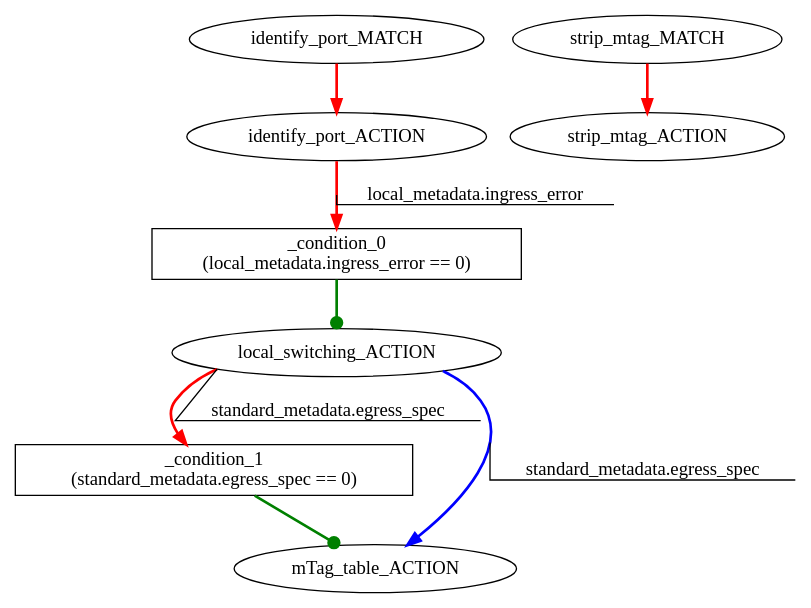
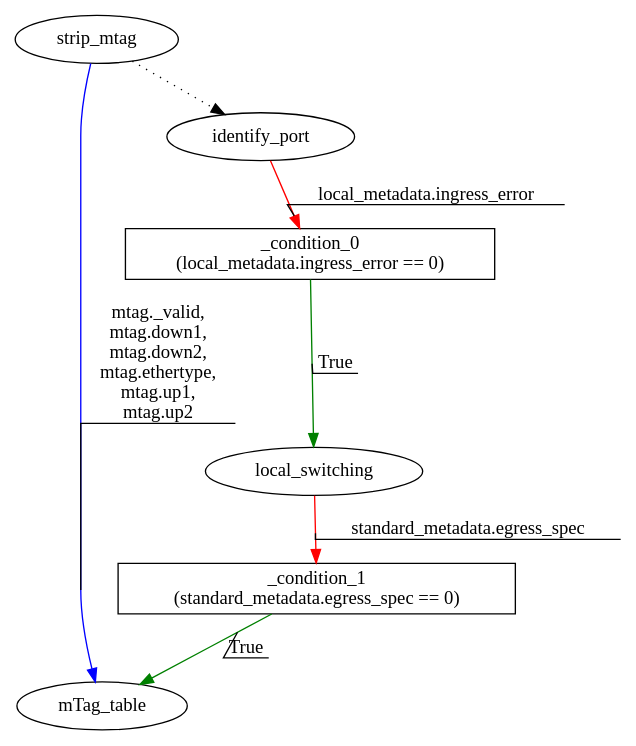
One commit to jafingerhut/p4lang-tests changed the diagram in v1.0.3/mtag/out1-unchanged/mtag-edge.ingress.tables_dep.dot. Above: the diagram before and after it, drawn with Graphviz. The commit also changed 7 other files, not shown here.

Commit message:
Update sample mtag-edge output files for recent p4-graphs changes

```diff
--- a/v1.0.3/mtag/out1-unchanged/mtag-edge.ingress.tables_dep.dot
+++ b/v1.0.3/mtag/out1-unchanged/mtag-edge.ingress.tables_dep.dot
@@ -1,11 +1,15 @@
 digraph ingress {
 _condition_0 [shape=box label="_condition_0\n(local_metadata.ingress_error == 0)"];
 _condition_1 [shape=box label="_condition_1\n(standard_metadata.egress_spec == 0)"];
-_condition_0 -> local_switching_ACTION [color=green style=bold label="" decorate=true arrowhead = dot];
-_condition_1 -> mTag_table_ACTION [color=green style=bold label="" decorate=true arrowhead = dot];
-identify_port_ACTION -> _condition_0 [color=red style=bold label="local_metadata.ingress_error" decorate=true];
-identify_port_MATCH -> identify_port_ACTION [color=red style=bold label="" decorate=true];
-local_switching_ACTION -> _condition_1 [color=red style=bold label="standard_metadata.egress_spec" decorate=true];
-local_switching_ACTION -> mTag_table_ACTION [color=blue style=bold label="standard_metadata.egress_spec" decorate=true];
-strip_mtag_MATCH -> strip_mtag_ACTION [color=red style=bold label="" decorate=true];
+_condition_0 -> local_switching [color=green label="" decorate=true label="True"];
+_condition_1 -> mTag_table [color=green label="" decorate=true label="True"];
+identify_port -> _condition_0 [color=red label="local_metadata.ingress_error" decorate=true];
+local_switching -> _condition_1 [color=red label="standard_metadata.egress_spec" decorate=true];
+strip_mtag -> identify_port [style=dotted ];
+strip_mtag -> mTag_table [color=blue label="mtag._valid,
+mtag.down1,
+mtag.down2,
+mtag.ethertype,
+mtag.up1,
+mtag.up2" decorate=true];
 }
```
